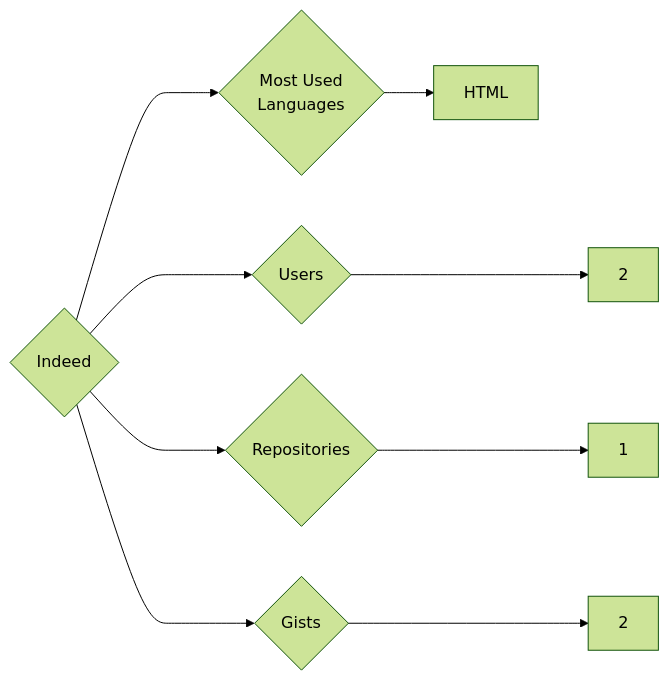
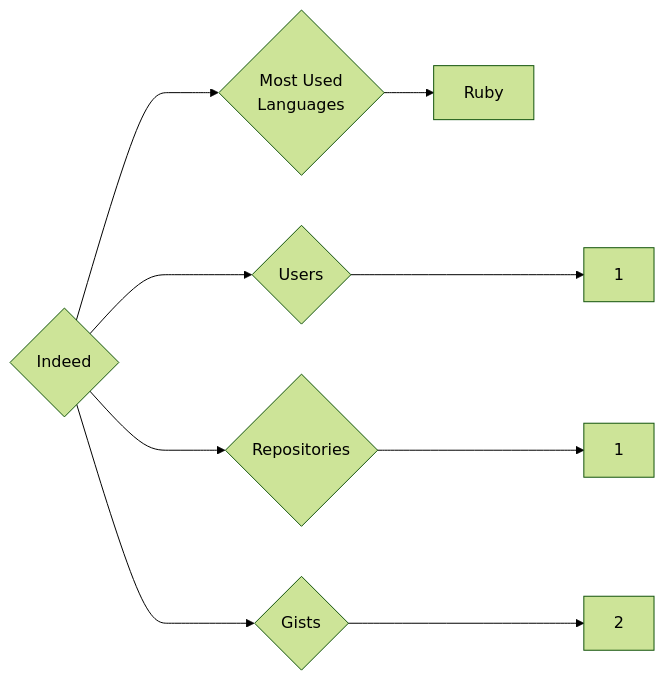
The diagram in targets/Indeed/README.md (trickest/insiders), drawn with Mermaid (forest theme) before and after one commit. The commit also changed 895 other files, not shown here.

````diff
--- a/targets/Indeed/README.md
+++ b/targets/Indeed/README.md
@@ -3,9 +3,9 @@
 ```mermaid
 graph LR
 COMPANY_NAME{Indeed}
-COMPANY_NAME ---> U{Users} ---> UN[2]
+COMPANY_NAME ---> U{Users} ---> UN[1]
 COMPANY_NAME ---> R{Repositories} ---> RN[1]
 COMPANY_NAME ---> G{Gists} ---> GN[2]
 COMPANY_NAME ---> ML{Most Used<br>Languages}
-ML --> HTML[HTML]
+ML --> Ruby[Ruby]
 ```
````
